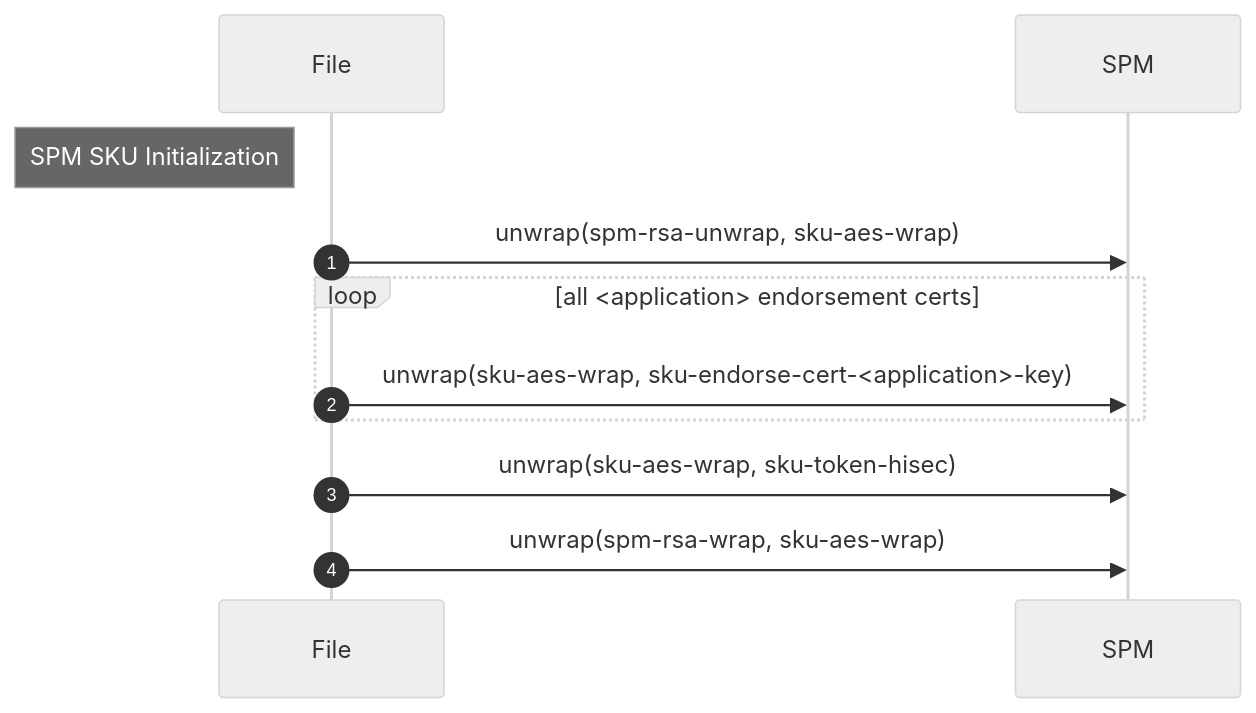
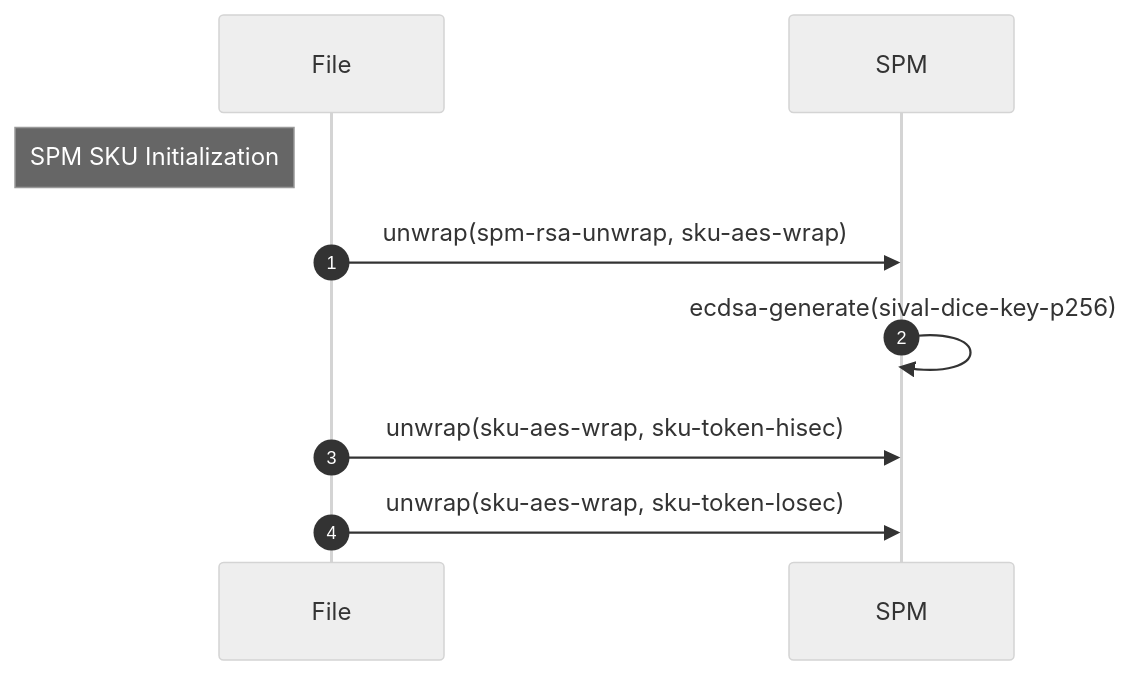
Before and after one commit to timothytrippel/opentitan-provisioning: the fifth of 5 diagrams in docs/hsm.md, drawn with Mermaid (neutral theme). The commit also changed other lines of this file and 2 other files, not shown here.

````diff
--- a/docs/hsm.md
+++ b/docs/hsm.md
@@ -238,15 +256,12 @@
 ```mermaid
 sequenceDiagram
     participant File
     participant SPM
     autonumber
 
     note left of File: SPM SKU Initialization
     File->>SPM: unwrap(spm-rsa-unwrap, sku-aes-wrap)
-    loop all <application> endorsement certs
-        File->>SPM: unwrap(sku-aes-wrap, sku-endorse-cert-<application>-key)
-    end
-
+    SPM->>SPM: ecdsa-generate(sival-dice-key-p256)
     File->>SPM: unwrap(sku-aes-wrap, sku-token-hisec)
-    File->>SPM: unwrap(spm-rsa-wrap, sku-aes-wrap)
+    File->>SPM: unwrap(sku-aes-wrap, sku-token-losec)
 ```
````
